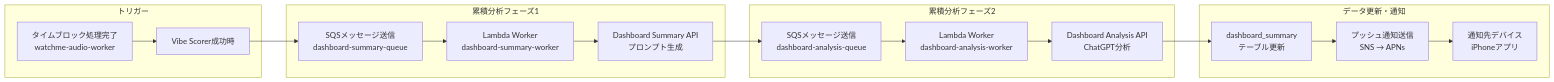
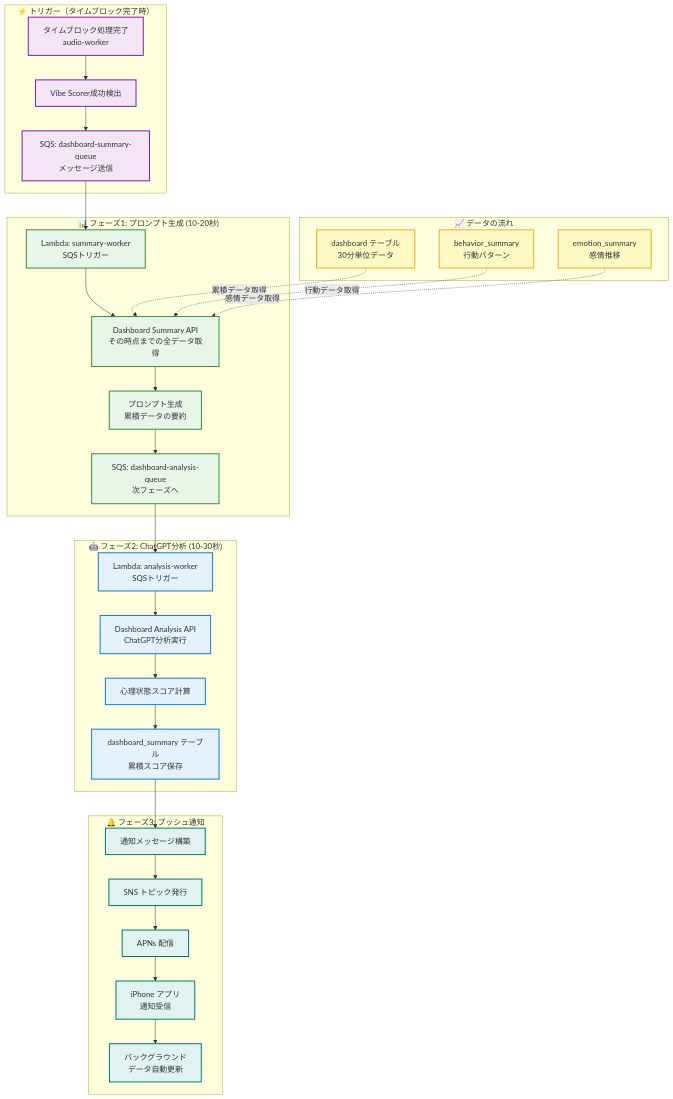
Before and after one commit to hey-watchme/server-configs: the third of 5 diagrams in PROCESSING_ARCHITECTURE.md, drawn with Mermaid. The commit also changed other lines of this file, not shown here.

First line of the commit message:
Add comprehensive Mermaid diagrams to processing architecture

````diff
--- a/PROCESSING_ARCHITECTURE.md
+++ b/PROCESSING_ARCHITECTURE.md
@@ -119,24 +283,67 @@
 ```mermaid
-graph LR
-    subgraph "トリガー"
-        A[タイムブロック処理完了<br/>watchme-audio-worker] --> B[Vibe Scorer成功時]
-    end
-    
-    subgraph "累積分析フェーズ1"
-        B --> C[SQSメッセージ送信<br/>dashboard-summary-queue]
-        C --> D[Lambda Worker<br/>dashboard-summary-worker]
-        D --> E[Dashboard Summary API<br/>プロンプト生成]
-    end
-    
-    subgraph "累積分析フェーズ2"
-        E --> F[SQSメッセージ送信<br/>dashboard-analysis-queue]
-        F --> G[Lambda Worker<br/>dashboard-analysis-worker]
-        G --> H[Dashboard Analysis API<br/>ChatGPT分析]
+graph TB
+    subgraph TriggerPhase["⚡ トリガー（タイムブロック完了時）"]
+        A[タイムブロック処理完了<br/>audio-worker]
+        B[Vibe Scorer成功検出]
+        C[SQS: dashboard-summary-queue<br/>メッセージ送信]
     end
 
-    subgraph "データ更新・通知"
-        H --> I[dashboard_summary<br/>テーブル更新]
-        I --> J[プッシュ通知送信<br/>SNS → APNs]
-        J --> K[通知先デバイス<br/>iPhoneアプリ]
+    subgraph Phase1["📊 フェーズ1: プロンプト生成 (10-20秒)"]
+        D[Lambda: summary-worker<br/>SQSトリガー]
+        E[Dashboard Summary API<br/>その時点までの全データ取得]
+        F[プロンプト生成<br/>累積データの要約]
+        G[SQS: dashboard-analysis-queue<br/>次フェーズへ]
     end
+
+    subgraph Phase2["🤖 フェーズ2: ChatGPT分析 (10-30秒)"]
+        H[Lambda: analysis-worker<br/>SQSトリガー]
+        I[Dashboard Analysis API<br/>ChatGPT分析実行]
+        J[心理状態スコア計算]
+        K[dashboard_summary テーブル<br/>累積スコア保存]
+    end
+
+    subgraph NotificationPhase["🔔 フェーズ3: プッシュ通知"]
+        L[通知メッセージ構築]
+        M[SNS トピック発行]
+        N[APNs 配信]
+        O[iPhone アプリ<br/>通知受信]
+        P[バックグラウンド<br/>データ自動更新]
+    end
+
+    subgraph DataFlow["📈 データの流れ"]
+        Q[dashboard テーブル<br/>30分単位データ]
+        R[behavior_summary<br/>行動パターン]
+        S[emotion_summary<br/>感情推移]
+    end
+
+    %% トリガーフロー
+    A --> B --> C
+
+    %% フェーズ1
+    C --> D --> E
+    E --> F --> G
+
+    %% フェーズ2
+    G --> H --> I
+    I --> J --> K
+
+    %% 通知フロー
+    K --> L --> M --> N --> O --> P
+
+    %% データ取得
+    Q -.->|累積データ取得| E
+    R -.->|行動データ取得| E
+    S -.->|感情データ取得| E
+
+    classDef triggerStyle fill:#f3e5f5,stroke:#7b1fa2,stroke-width:2px
+    classDef phase1Style fill:#e8f5e9,stroke:#388e3c,stroke-width:2px
+    classDef phase2Style fill:#e3f2fd,stroke:#1976d2,stroke-width:2px
+    classDef notificationStyle fill:#e0f2f1,stroke:#00796b,stroke-width:2px
+    classDef dataStyle fill:#fff9c4,stroke:#f9a825,stroke-width:2px
+
+    class A,B,C triggerStyle
+    class D,E,F,G phase1Style
+    class H,I,J,K phase2Style
+    class L,M,N,O,P notificationStyle
+    class Q,R,S dataStyle
 ```
````
